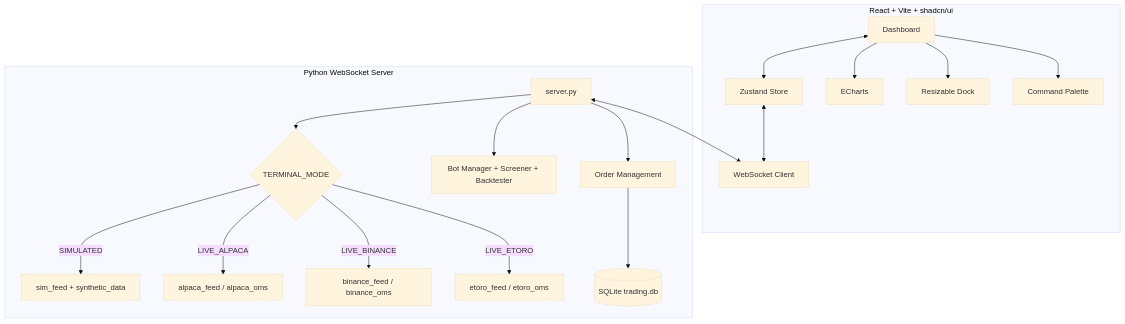
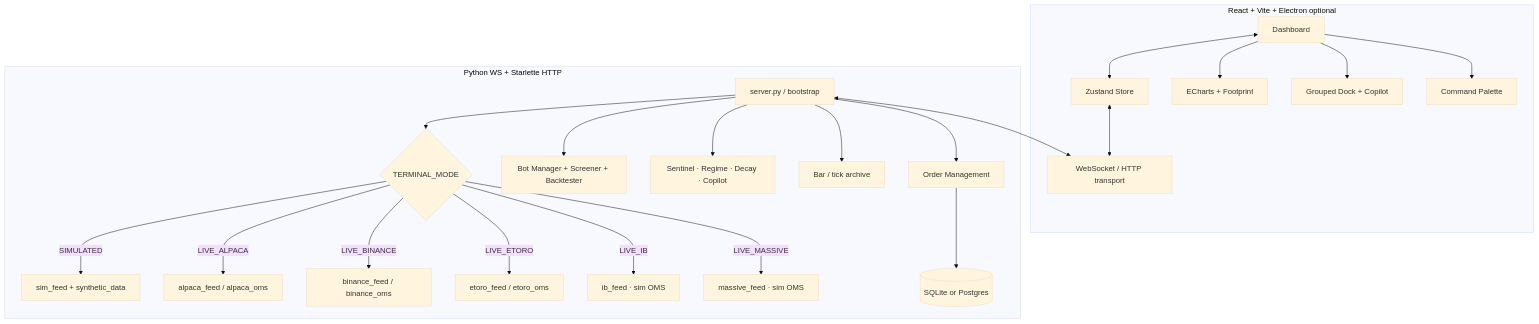
The diagram in README.md (Dhim001/Antigravity-Trading-Terminal-2), drawn with Mermaid (base theme) before and after one commit. The commit also changed other lines of this file and 42 other files, not shown here.

````diff
--- a/README.md
+++ b/README.md
@@ -35,22 +45,26 @@
 ```mermaid
 graph TD
-    subgraph Frontend [React + Vite + shadcn/ui]
+    subgraph Frontend [React + Vite + Electron optional]
         UI[Dashboard] <--> Store[Zustand Store]
-        Store <--> WS_Client[WebSocket Client]
-        UI --> Chart[ECharts]
-        UI --> Dock[Resizable Dock]
+        Store <--> WS_Client[WebSocket / HTTP transport]
+        UI --> Chart[ECharts + Footprint]
+        UI --> Dock[Grouped Dock + Copilot]
         UI --> Palette[Command Palette]
     end
 
-    subgraph Backend [Python WebSocket Server]
-        WS_Server[server.py] <--> WS_Client
+    subgraph Backend [Python WS + Starlette HTTP]
+        WS_Server[server.py / bootstrap] <--> WS_Client
         WS_Server --> Mode{TERMINAL_MODE}
         Mode -->|SIMULATED| SimFeed[sim_feed + synthetic_data]
         Mode -->|LIVE_ALPACA| Alpaca[alpaca_feed / alpaca_oms]
         Mode -->|LIVE_BINANCE| Binance[binance_feed / binance_oms]
         Mode -->|LIVE_ETORO| Etoro[etoro_feed / etoro_oms]
+        Mode -->|LIVE_IB| IB[ib_feed · sim OMS]
+        Mode -->|LIVE_MASSIVE| Massive[massive_feed · sim OMS]
         WS_Server --> Bots[Bot Manager + Screener + Backtester]
+        WS_Server --> Agents[Sentinel · Regime · Decay · Copilot]
+        WS_Server --> Archive[Bar / tick archive]
         WS_Server --> OMS[Order Management]
-        OMS --> DB[(SQLite trading.db)]
+        OMS --> DB[(SQLite or Postgres)]
     end
 ```
````
